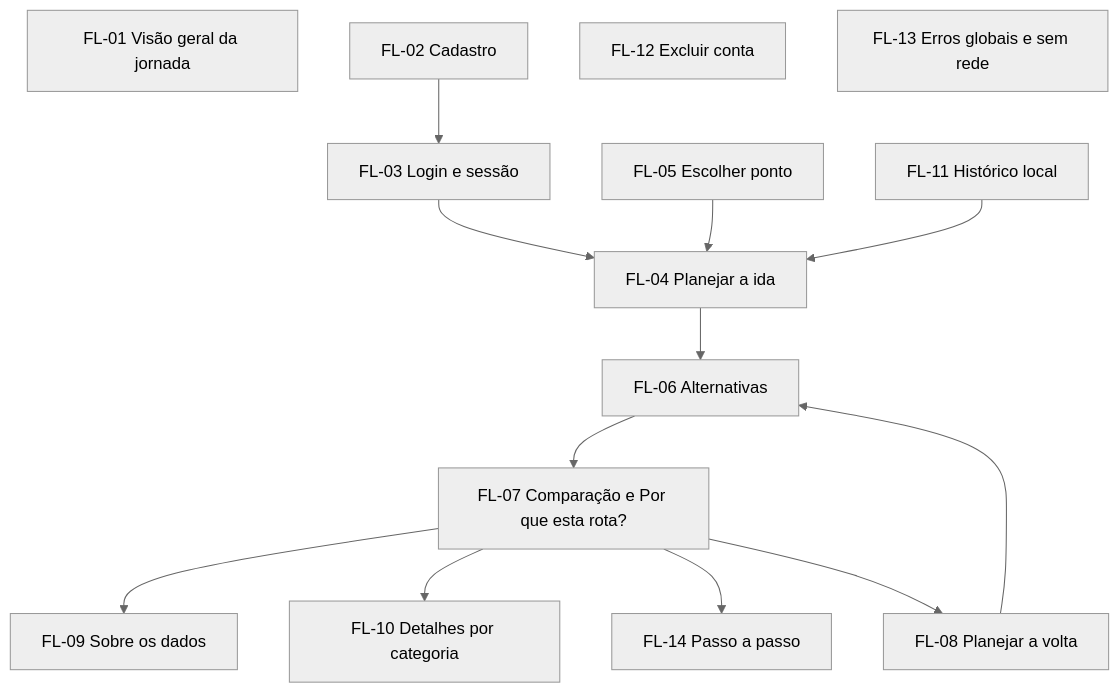
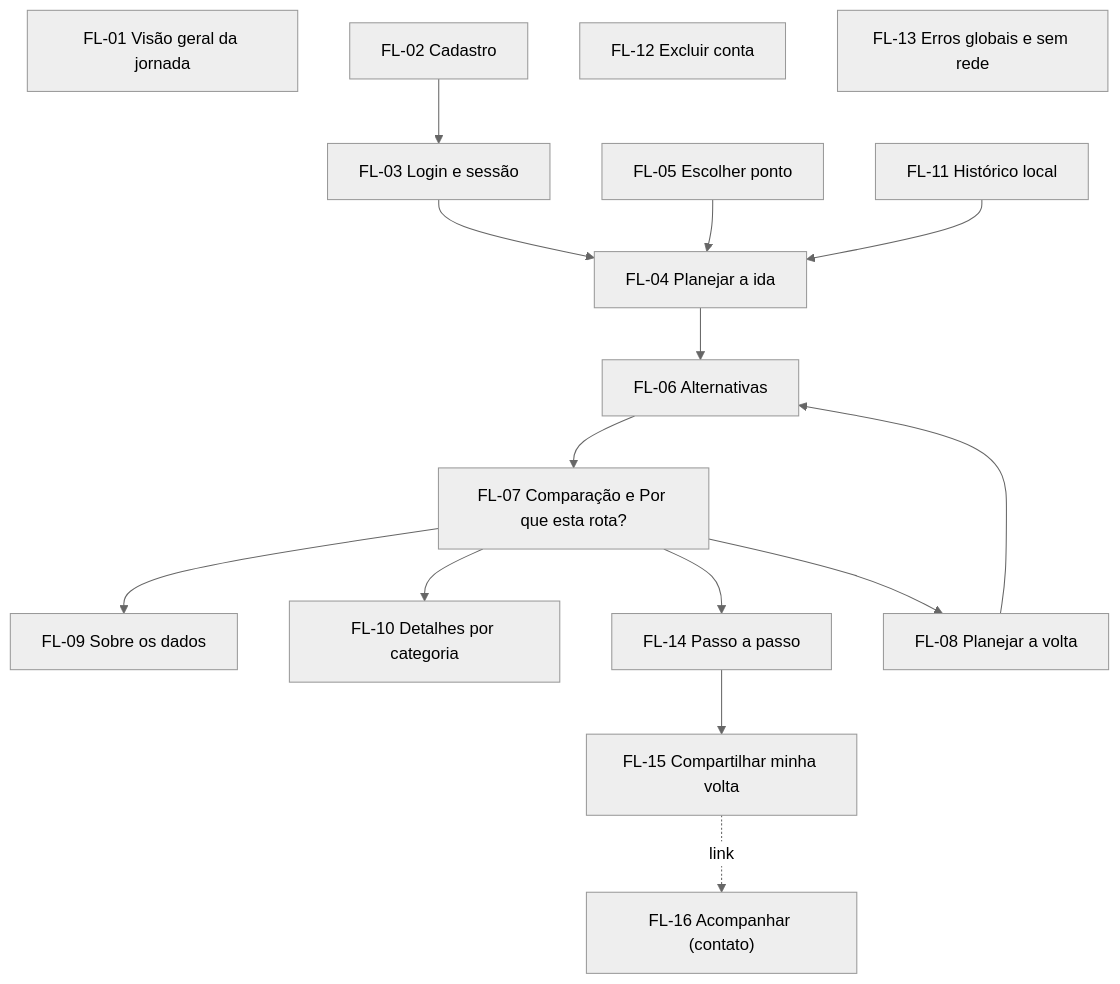
The diagram in docs/app-map/03_fluxogramas/00_indice.md (VoltaSegura/voltasegura), drawn with Mermaid (neutral theme) before and after one commit. The commit also changed other lines of this file and 6 other files, not shown here.

Commit message:
docs(app-map): adiciona os fluxos de compartilhar e acompanhar e prioriza a menor exposição estimada nos fluxos de resultado

````diff
--- a/docs/app-map/03_fluxogramas/00_indice.md
+++ b/docs/app-map/03_fluxogramas/00_indice.md
@@ -25,17 +27,19 @@
 ```mermaid
 flowchart TD
     FL01["FL-01 Visão geral da jornada"]
     FL02["FL-02 Cadastro"] --> FL03["FL-03 Login e sessão"]
     FL03 --> FL04["FL-04 Planejar a ida"]
     FL05["FL-05 Escolher ponto"] --> FL04
     FL11["FL-11 Histórico local"] --> FL04
     FL04 --> FL06["FL-06 Alternativas"]
     FL06 --> FL07["FL-07 Comparação e Por que esta rota?"]
     FL07 --> FL09["FL-09 Sobre os dados"]
     FL07 --> FL10["FL-10 Detalhes por categoria"]
     FL07 --> FL14["FL-14 Passo a passo"]
     FL07 --> FL08["FL-08 Planejar a volta"]
     FL08 --> FL06
+    FL14 --> FL15["FL-15 Compartilhar minha volta"]
+    FL15 -. "link" .-> FL16["FL-16 Acompanhar (contato)"]
     FL12["FL-12 Excluir conta"]
     FL13["FL-13 Erros globais e sem rede"]
 ```
````
